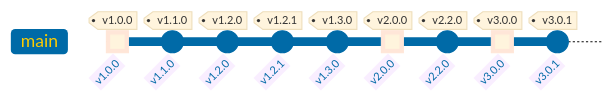
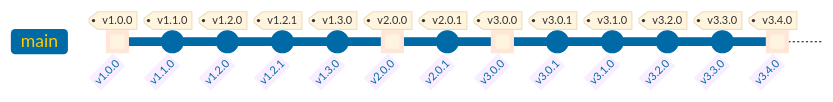
One commit to TomsTech/spotify-genre-sorter changed the fifth of 5 diagrams in README.md. Above: the diagram before and after it, drawn with Mermaid. The commit also changed other lines of this file and 68 other files, not shown here.

````diff
--- a/README.md
+++ b/README.md
@@ -484,13 +509,17 @@
 ```mermaid
 %%{init: {'theme': 'base', 'themeVariables': { 'git0': '#006AA7', 'git1': '#FECC00', 'gitBranchLabel0': '#FECC00', 'commitLabelColor': '#006AA7'}}}%%
 gitGraph
    commit id: "v1.0.0" tag: "v1.0.0" type: HIGHLIGHT
    commit id: "v1.1.0" tag: "v1.1.0"
    commit id: "v1.2.0" tag: "v1.2.0"
    commit id: "v1.2.1" tag: "v1.2.1"
    commit id: "v1.3.0" tag: "v1.3.0"
    commit id: "v2.0.0" tag: "v2.0.0" type: HIGHLIGHT
-   commit id: "v2.2.0" tag: "v2.2.0"
+   commit id: "v2.0.1" tag: "v2.0.1"
    commit id: "v3.0.0" tag: "v3.0.0" type: HIGHLIGHT
    commit id: "v3.0.1" tag: "v3.0.1"
+   commit id: "v3.1.0" tag: "v3.1.0"
+   commit id: "v3.2.0" tag: "v3.2.0"
+   commit id: "v3.3.0" tag: "v3.3.0"
+   commit id: "v3.4.0" tag: "v3.4.0" type: HIGHLIGHT
 ```
````
